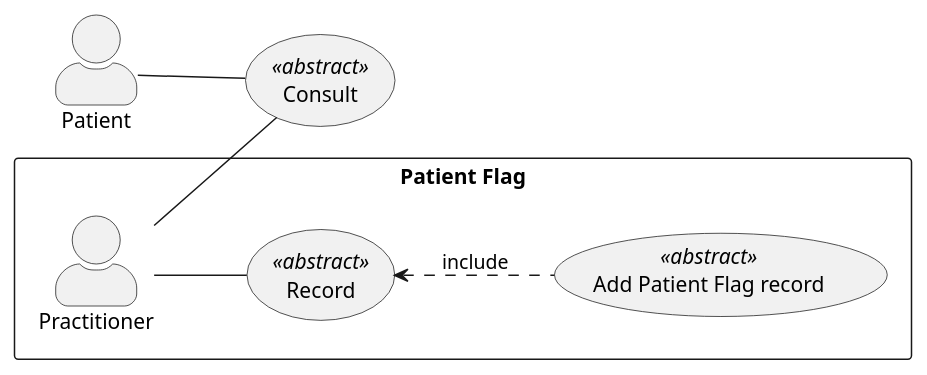
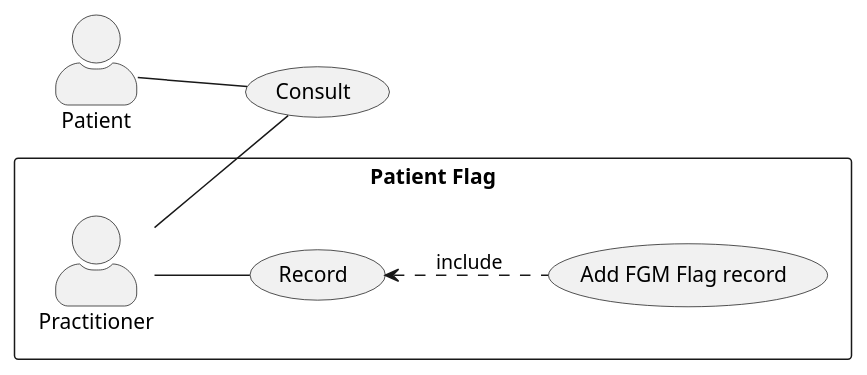
The diagram in input/images-source/add-pf-record-usecase.plantuml (NHSDigital/ra-sandbox), drawn with PlantUML before and after one commit. The commit also changed 9 other files, not shown here.

```diff
--- a/input/images-source/add-pf-record-usecase.plantuml
+++ b/input/images-source/add-pf-record-usecase.plantuml
@@ -1,22 +1,22 @@
 @startuml
 
 skinparam actorStyle awesome
 left to right direction
 
 rectangle "Patient Flag"{
 actor Practitioner as pra
-usecase "Record" as record <<abstract>>
-usecase "Add Patient Flag record" as add <<abstract>>
+usecase "Record" as record
+usecase "Add FGM Flag record" as add
 }
 
 
 actor Patient as pat
 
-usecase "Consult" as consult <<abstract>>
+usecase "Consult" as consult
 
 pat -- consult
 pra -- consult
 pra -- record
 record <.. add : include
 
 @enduml
```
